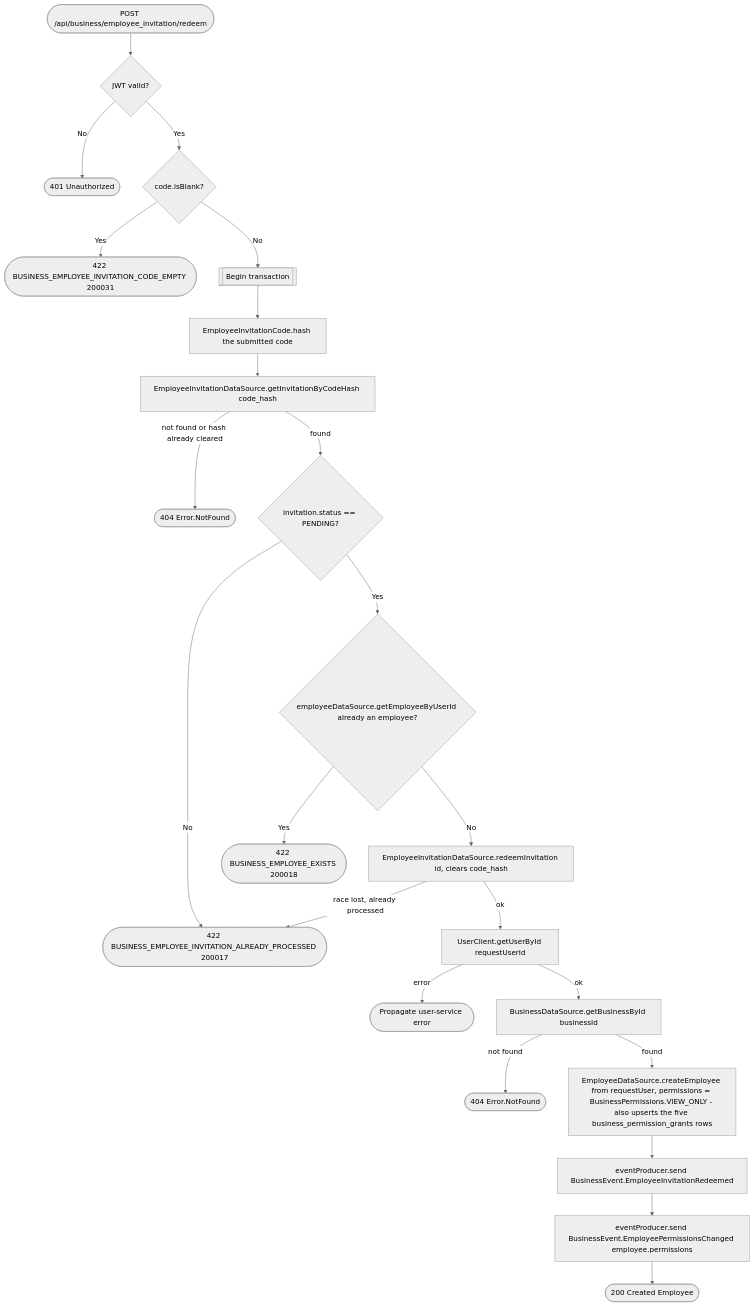
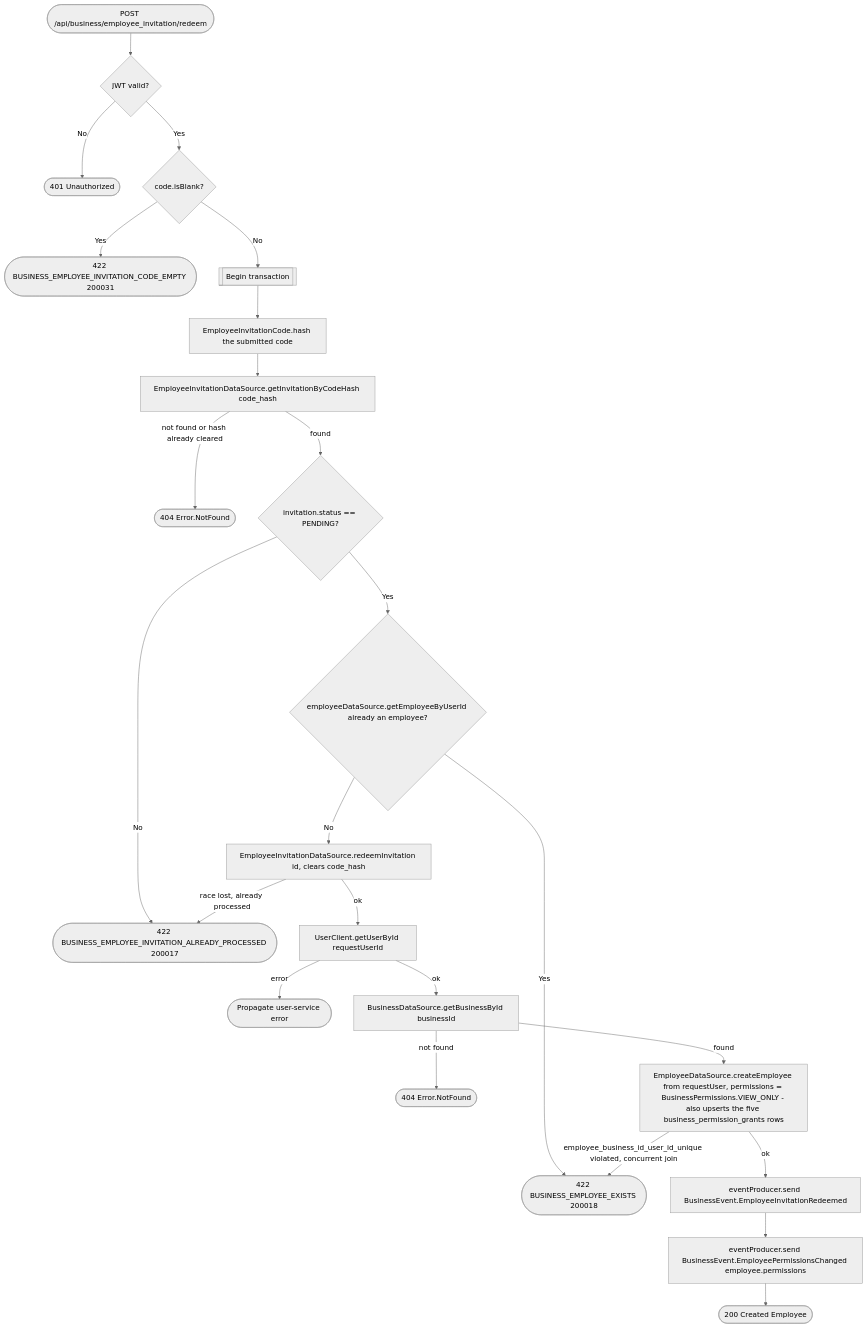
One commit to an22/bookk.me-backend changed the diagram in docs/operations/business/join-business.md. Above: the diagram before and after it, drawn with Mermaid (neutral theme). The commit also changed other lines of this file and 42 other files, not shown here.

Commit message:
[ISSUE-84] reduce db calls for business requests, add employee and client id to the business response

````diff
--- a/docs/operations/business/join-business.md
+++ b/docs/operations/business/join-business.md
@@ -29,25 +37,26 @@
 ```mermaid
 flowchart TD
     Start([POST /api/business/employee_invitation/redeem]) --> Auth{JWT valid?}
     Auth -- No --> R401([401 Unauthorized])
     Auth -- Yes --> Blank{code.isBlank?}
     Blank -- Yes --> R422c([422 BUSINESS_EMPLOYEE_INVITATION_CODE_EMPTY 200031])
     Blank -- No --> Tx[[Begin transaction]]
     Tx --> HashCode[EmployeeInvitationCode.hash the submitted code]
     HashCode --> GetInvite[EmployeeInvitationDataSource.getInvitationByCodeHash code_hash]
     GetInvite -- not found or hash already cleared --> R404a([404 Error.NotFound])
     GetInvite -- found --> Status{invitation.status == PENDING?}
     Status -- No --> R422a([422 BUSINESS_EMPLOYEE_INVITATION_ALREADY_PROCESSED 200017])
     Status -- Yes --> AlreadyEmployee{employeeDataSource.getEmployeeByUserId already an employee?}
     AlreadyEmployee -- Yes --> R422b([422 BUSINESS_EMPLOYEE_EXISTS 200018])
     AlreadyEmployee -- No --> Redeem[EmployeeInvitationDataSource.redeemInvitation id, clears code_hash]
     Redeem -- race lost, already processed --> R422a
     Redeem -- ok --> GetUser[UserClient.getUserById requestUserId]
     GetUser -- error --> RErr([Propagate user-service error])
     GetUser -- ok --> GetBiz[BusinessDataSource.getBusinessById businessId]
     GetBiz -- not found --> R404b([404 Error.NotFound])
     GetBiz -- found --> CreateEmployee[EmployeeDataSource.createEmployee from requestUser, permissions = BusinessPermissions.VIEW_ONLY - also upserts the five business_permission_grants rows]
-    CreateEmployee --> Event[eventProducer.send BusinessEvent.EmployeeInvitationRedeemed]
+    CreateEmployee -- employee_business_id_user_id_unique violated, concurrent join --> R422b
+    CreateEmployee -- ok --> Event[eventProducer.send BusinessEvent.EmployeeInvitationRedeemed]
     Event --> PermEvent[eventProducer.send BusinessEvent.EmployeePermissionsChanged employee.permissions]
     PermEvent --> R200([200 Created Employee])
 ```
````
